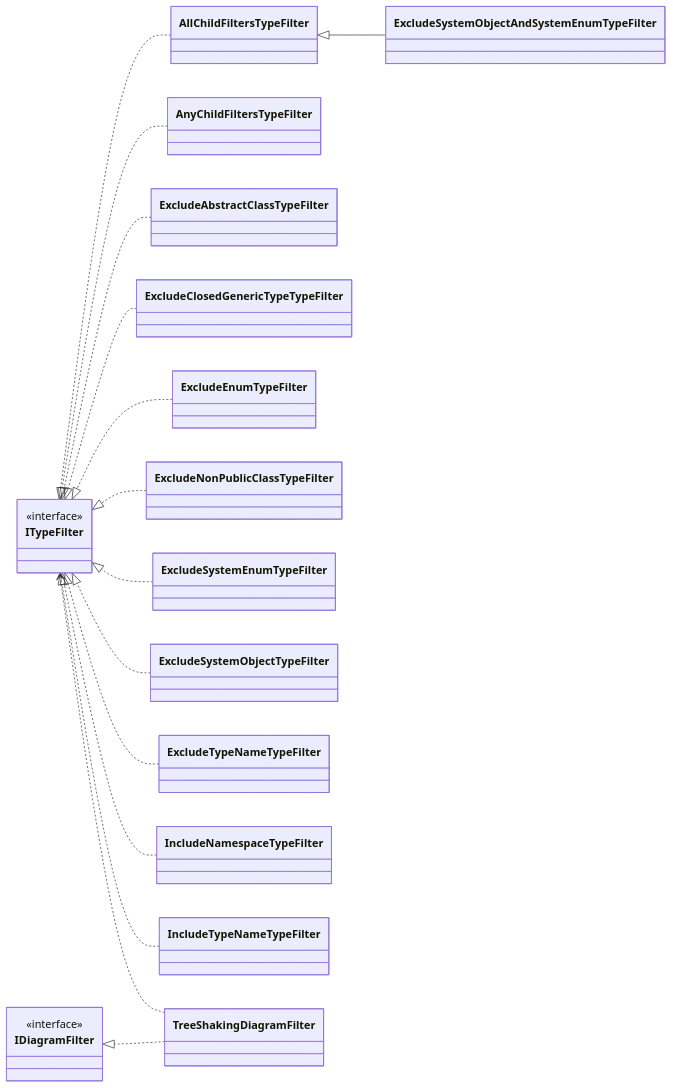
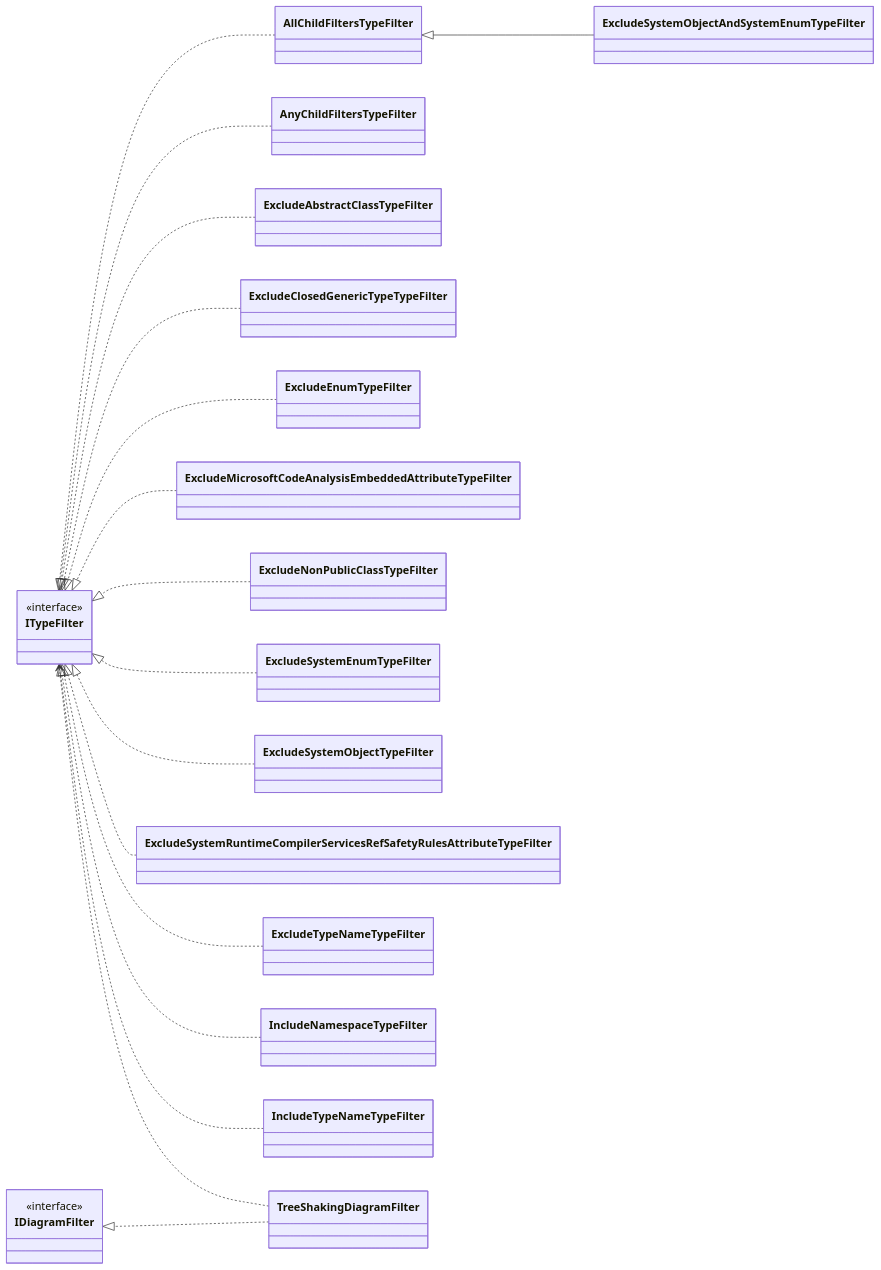
The second of 5 diagrams in docs/examples/filtering-mermaid-diagram-content.md (ebjornset/DryGen), drawn with Mermaid before and after one commit. The commit also changed other lines of this file and 31 other files, not shown here.

````diff
--- a/docs/examples/filtering-mermaid-diagram-content.md
+++ b/docs/examples/filtering-mermaid-diagram-content.md
@@ -231,51 +237,57 @@
 ```mermaid
 classDiagram
 	direction RL
 	class AllChildFiltersTypeFilter {
 	}
 	class AnyChildFiltersTypeFilter {
 	}
 	class ExcludeAbstractClassTypeFilter {
 	}
 	class ExcludeClosedGenericTypeTypeFilter {
 	}
 	class ExcludeEnumTypeFilter {
 	}
+	class ExcludeMicrosoftCodeAnalysisEmbeddedAttributeTypeFilter {
+	}
 	class ExcludeNonPublicClassTypeFilter {
 	}
 	class ExcludeSystemEnumTypeFilter {
 	}
 	class ExcludeSystemObjectAndSystemEnumTypeFilter {
 	}
 	class ExcludeSystemObjectTypeFilter {
+	}
+	class ExcludeSystemRuntimeCompilerServicesRefSafetyRulesAttributeTypeFilter {
 	}
 	class ExcludeTypeNameTypeFilter {
 	}
 	class IDiagramFilter {
 		<<interface>>
 	}
 	class IncludeNamespaceTypeFilter {
 	}
 	class IncludeTypeNameTypeFilter {
 	}
 	class ITypeFilter {
 		<<interface>>
 	}
 	class TreeShakingDiagramFilter {
 	}
 	AllChildFiltersTypeFilter ..|> ITypeFilter
 	AnyChildFiltersTypeFilter ..|> ITypeFilter
 	ExcludeAbstractClassTypeFilter ..|> ITypeFilter
 	ExcludeClosedGenericTypeTypeFilter ..|> ITypeFilter
 	ExcludeEnumTypeFilter ..|> ITypeFilter
+	ExcludeMicrosoftCodeAnalysisEmbeddedAttributeTypeFilter ..|> ITypeFilter
 	ExcludeNonPublicClassTypeFilter ..|> ITypeFilter
 	ExcludeSystemEnumTypeFilter ..|> ITypeFilter
 	ExcludeSystemObjectAndSystemEnumTypeFilter --|> AllChildFiltersTypeFilter
 	ExcludeSystemObjectTypeFilter ..|> ITypeFilter
+	ExcludeSystemRuntimeCompilerServicesRefSafetyRulesAttributeTypeFilter ..|> ITypeFilter
 	ExcludeTypeNameTypeFilter ..|> ITypeFilter
 	IncludeNamespaceTypeFilter ..|> ITypeFilter
 	IncludeTypeNameTypeFilter ..|> ITypeFilter
 	TreeShakingDiagramFilter ..> ITypeFilter
 	TreeShakingDiagramFilter ..|> IDiagramFilter
 
 ```
````
